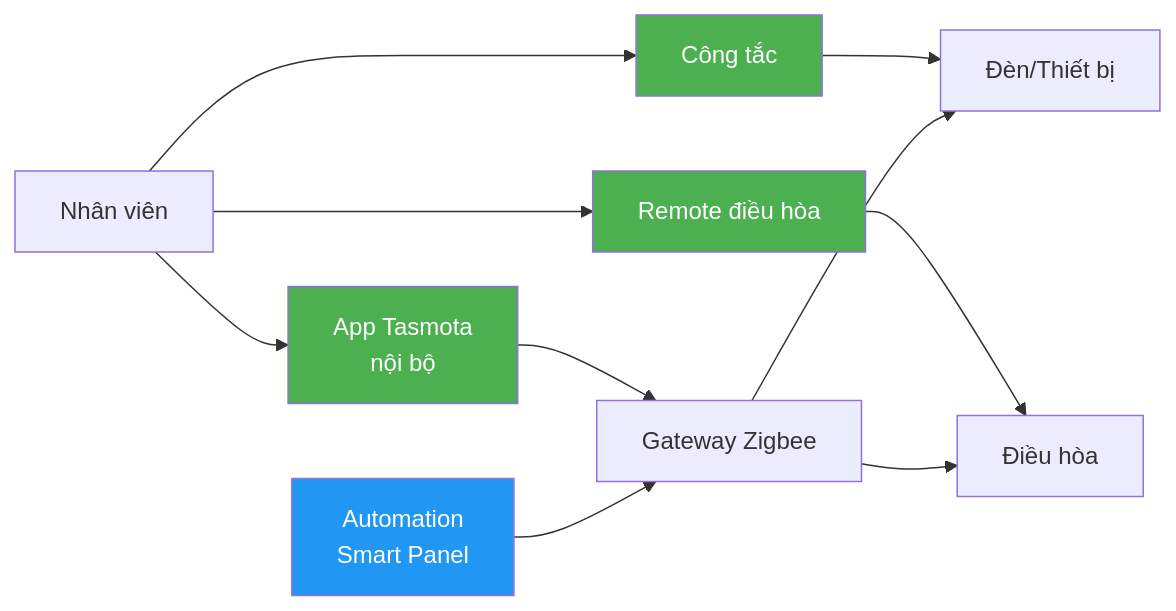
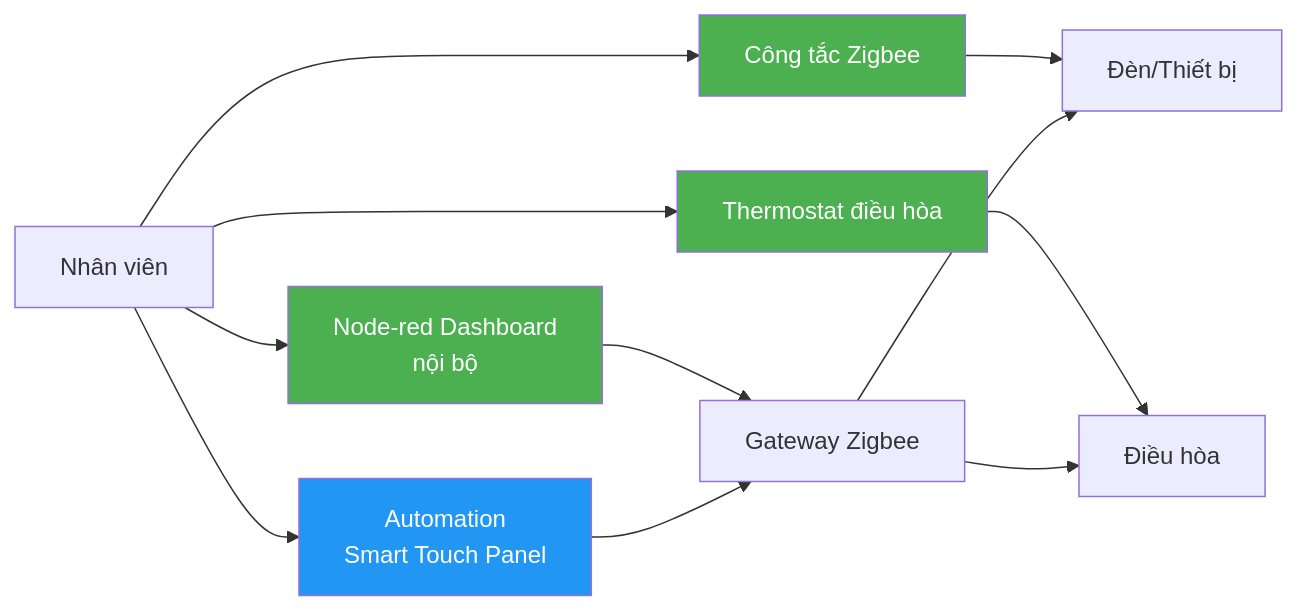
The second of 3 diagrams in slides/03-failsafe.md (huongvn/HLCFEOS), drawn with Mermaid before and after one commit. The commit also changed other lines of this file and 4 other files, not shown here.

````diff
--- a/slides/03-failsafe.md
+++ b/slides/03-failsafe.md
@@ -53,19 +51,20 @@
 ```mermaid
 graph LR
-    A[Nhân viên] --> B[Công tắc]
-    A --> C[Remote điều hòa]
-    A --> D[App Tasmota<br/>nội bộ]
+    A[Nhân viên] --> B[Công tắc Zigbee]
+    A --> C[Thermostat điều hòa]
+    A --> D[Node-red Dashboard<br/>nội bộ]
     
     B --> E[Đèn/Thiết bị]
     C --> F[Điều hòa]
     D --> G[Gateway Zigbee]
     G --> E
     G --> F
     
-    H[Automation<br/>Smart Panel] --> G
-    
+    H[Automation<br/>Smart Touch Panel] --> G
+    A --> H
+
     style B fill:#4CAF50,color:#fff
     style C fill:#4CAF50,color:#fff
     style D fill:#4CAF50,color:#fff
     style H fill:#2196F3,color:#fff
 ```
````
